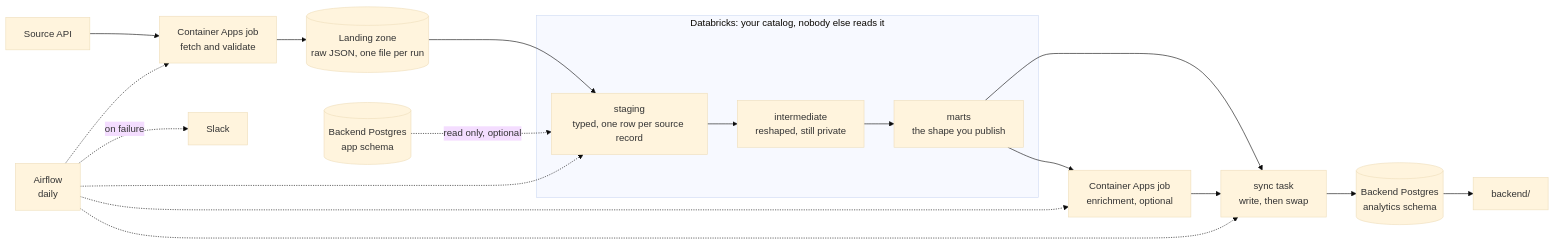
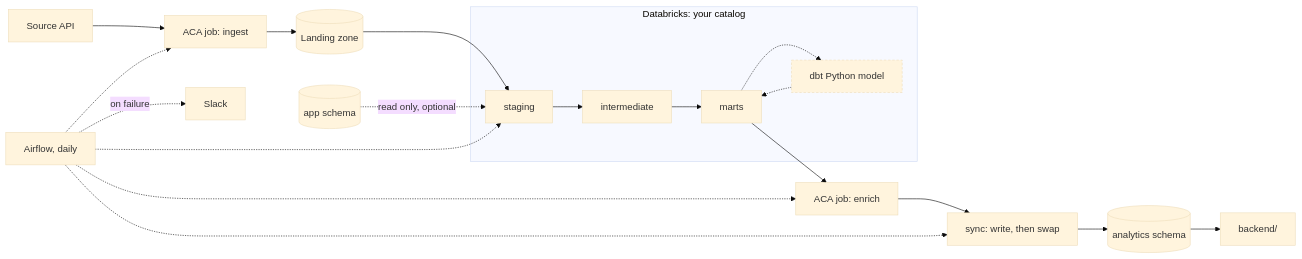
One commit to HackYourFuture/final-project-template changed the diagram in data/README.md. Above: the diagram before and after it, drawn with Mermaid (base theme). The commit also changed other lines of this file and 1 other file, not shown here.

Commit message:
docs: single-line diagram labels, and show the optional dbt Python model

````diff
--- a/data/README.md
+++ b/data/README.md
@@ -15,26 +15,25 @@
 ```mermaid
 flowchart LR
-    API["Source API"] --> ACA["Container Apps job<br/>fetch and validate"]
-    ACA --> VOL[("Landing zone<br/>raw JSON, one file per run")]
+    API["Source API"] --> ACA["ACA job: ingest"]
+    ACA --> VOL[("Landing zone")]
 
-    subgraph dbx["Databricks: your catalog, nobody else reads it"]
-        STG["staging<br/>typed, one row per source record"]
-        INT["intermediate<br/>reshaped, still private"]
-        MART["marts<br/>the shape you publish"]
+    subgraph dbx["Databricks: your catalog"]
+        STG["staging"] --> INT["intermediate"] --> MART["marts"]
+        MART -.-> PYM["dbt Python model"]
+        PYM -.-> MART
     end
 
-    VOL --> STG --> INT --> MART
+    VOL --> STG
+    MART --> EN["ACA job: enrich"] --> SYNC["sync: write, then swap"]
+    SYNC --> PG[("analytics schema")] --> BE["backend/"]
+    APP[("app schema")] -.->|"read only, optional"| STG
 
-    MART --> EN["Container Apps job<br/>enrichment, optional"]
-    MART --> SYNC["sync task<br/>write, then swap"]
-    EN --> SYNC
-    SYNC --> PG[("Backend Postgres<br/>analytics schema")]
-    PG --> BE["backend/"]
-    APP[("Backend Postgres<br/>app schema")] -.->|"read only, optional"| STG
-
-    AF["Airflow<br/>daily"] -.-> ACA
+    AF["Airflow, daily"] -.-> ACA
     AF -.-> STG
     AF -.-> EN
     AF -.-> SYNC
     AF -.->|"on failure"| SL["Slack"]
+
+    classDef opt stroke-dasharray:4 3
+    class PYM opt
 ```
````
